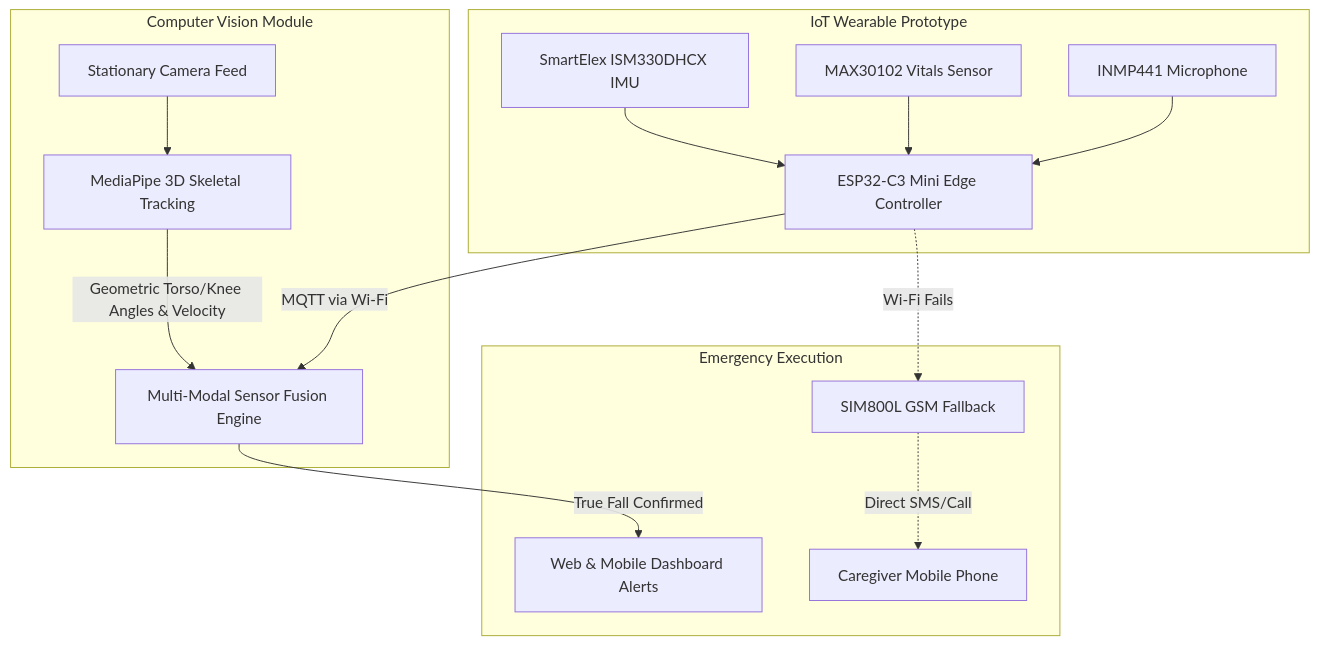
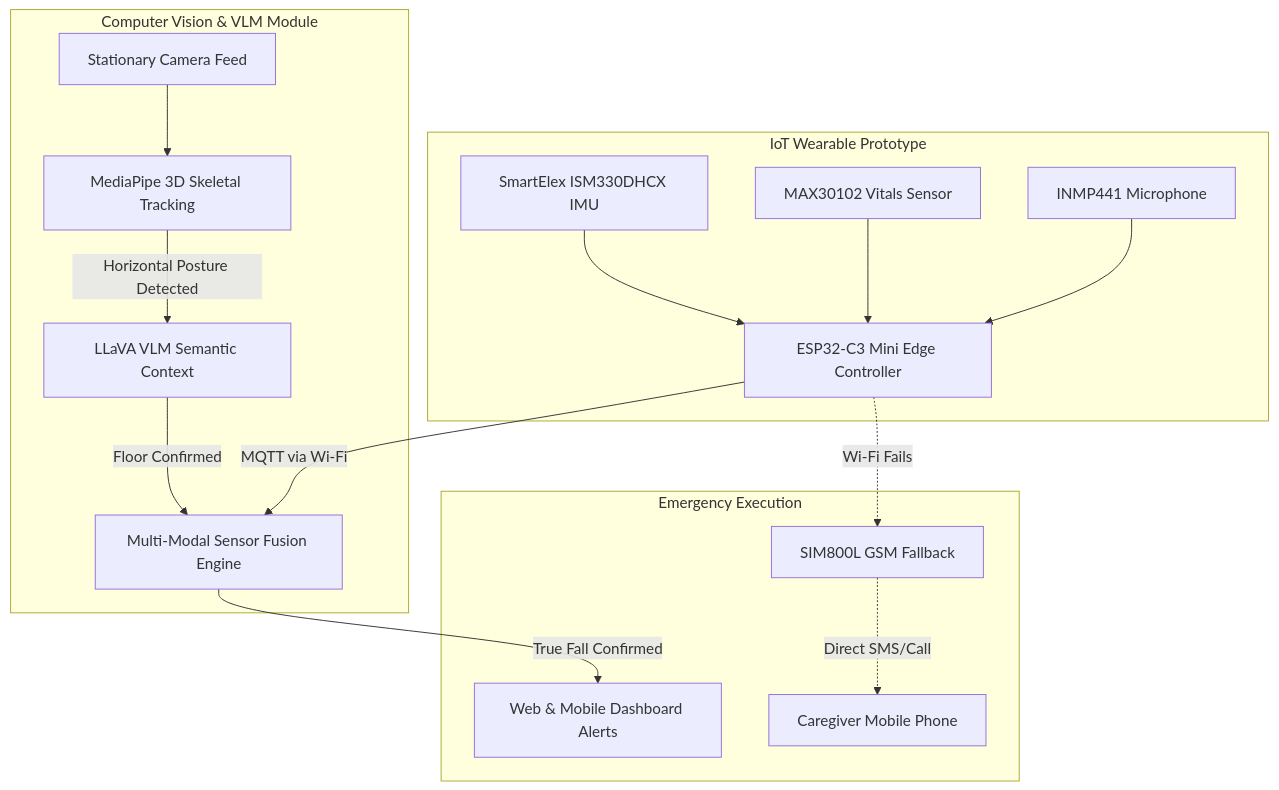
The diagram in docs/IEEE_Research_Paper_Draft.md (anantbardia/MMFALLDetect), drawn with Mermaid before and after one commit. The commit also changed other lines of this file and 28 other files, not shown here.

````diff
--- a/docs/IEEE_Research_Paper_Draft.md
+++ b/docs/IEEE_Research_Paper_Draft.md
@@ -49,20 +50,21 @@
 ```mermaid
 graph TD
-    subgraph Computer Vision Module
+    subgraph Computer Vision & VLM Module
         CAM[Stationary Camera Feed] --> CV[MediaPipe 3D Skeletal Tracking]
-        CV -->|Geometric Torso/Knee Angles & Velocity| FUS[Multi-Modal Sensor Fusion Engine]
+        CV -->|Horizontal Posture Detected| VLM[LLaVA VLM Semantic Context]
+        VLM -->|Floor Confirmed| FUS[Multi-Modal Sensor Fusion Engine]
     end
     
     subgraph IoT Wearable Prototype
         IMU[SmartElex ISM330DHCX IMU] --> ESP[ESP32-C3 Mini Edge Controller]
         MAX[MAX30102 Vitals Sensor] --> ESP
         MIC[INMP441 Microphone] --> ESP
         ESP -->|MQTT via Wi-Fi| FUS
     end
     
     subgraph Emergency Execution
         FUS -->|True Fall Confirmed| DASH[Web & Mobile Dashboard Alerts]
         ESP -.->|Wi-Fi Fails| SIM[SIM800L GSM Fallback]
         SIM -.->|Direct SMS/Call| SMS[Caregiver Mobile Phone]
     end
 ```
````
